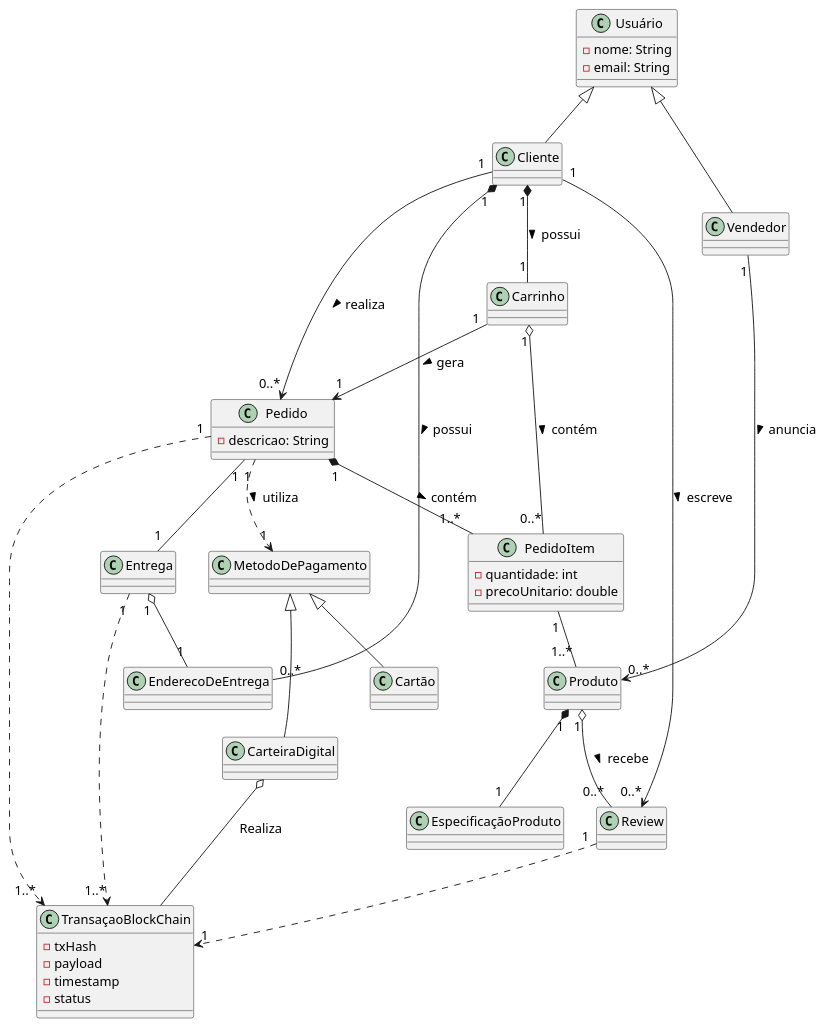
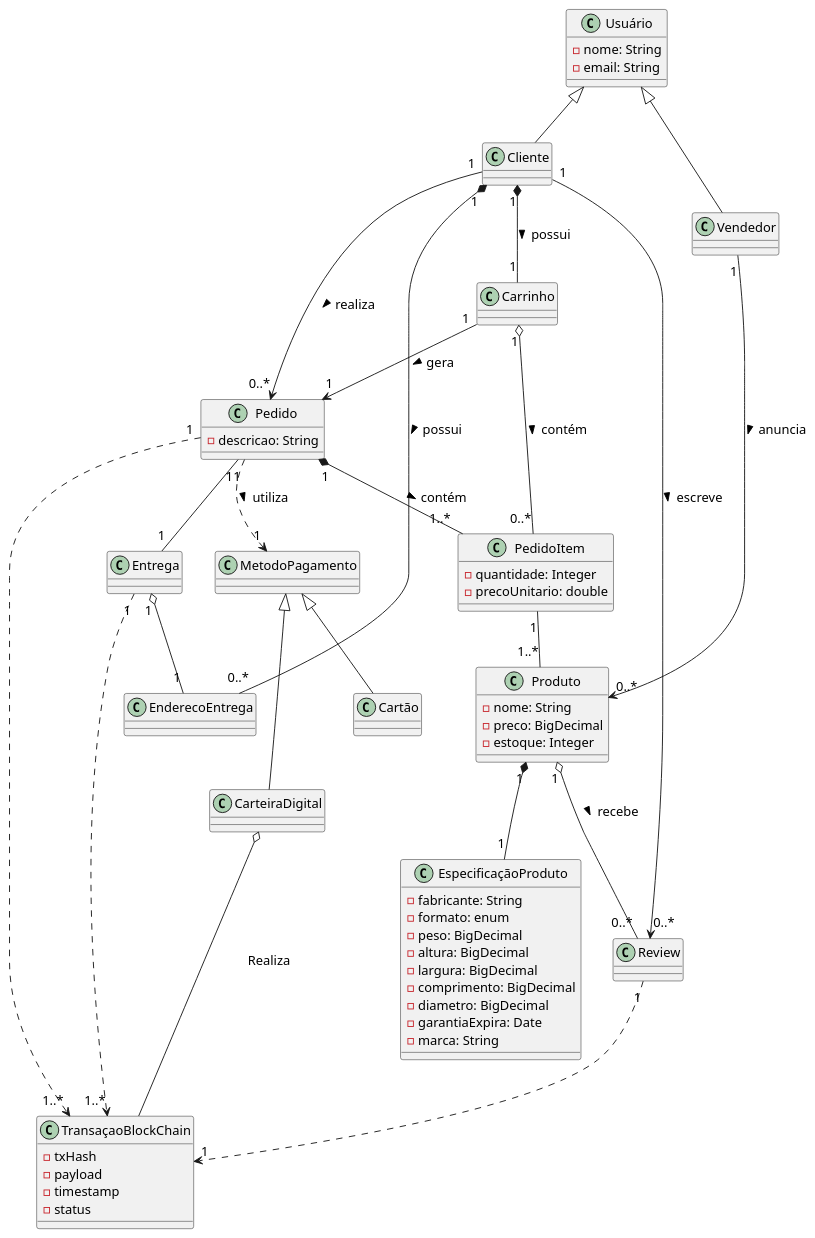
One commit to gilmarUFG/rs_es_20251_g4 changed the diagram in trabalho_final/modelos_uml/diagrama-de-classe.plantuml. Above: the diagram before and after it, drawn with PlantUML.

Commit message:
tradutor

```diff
--- a/trabalho_final/modelos_uml/diagrama-de-classe.plantuml
+++ b/trabalho_final/modelos_uml/diagrama-de-classe.plantuml
@@ -1,85 +1,97 @@
 @startuml ChainBuy
 top to bottom direction
 
 skinparam defaultFontName "Arial"
 skinparam defaultFontSize 14
 ' Classes base
 class Usuário {
     -nome: String
     -email: String
 }
 
 class Produto {
-    
+    -nome: String    
+    -preco: BigDecimal
+    -estoque: Integer
 }
 
-class EspecificaçãoProduto
+class EspecificaçãoProduto {
+    -fabricante: String
+    -formato: enum
+    -peso: BigDecimal
+    -altura: BigDecimal
+    -largura: BigDecimal
+    -comprimento: BigDecimal
+    -diametro: BigDecimal
+    -garantiaExpira: Date
+    -marca: String
+}
 
 class Cliente {
     
 }
 
-class EnderecoDeEntrega
+class EnderecoEntrega
 
 class Vendedor {
     
 }
 
 class Pedido {
     -descricao: String
 
 }
 
 class PedidoItem{
-    -quantidade: int
+    -quantidade: Integer
     -precoUnitario: double
 }
 
-class MetodoDePagamento{
+class MetodoPagamento {
 
 }
 
 class Carrinho
 
 class CarteiraDigital
 
 class Cartão
 
 class Entrega
 
 class Review
 
-class TransaçaoBlockChain{
+class TransaçaoBlockChain {
     -txHash
     -payload
     -timestamp
     -status
 }
 
-MetodoDePagamento <|-- Cartão
-MetodoDePagamento <|-- CarteiraDigital
+MetodoPagamento <|-- Cartão
+MetodoPagamento <|-- CarteiraDigital
 Usuário <|-- Cliente
 Usuário <|-- Vendedor
 
 Vendedor "1" --> "0..*" Produto : anuncia >
 Cliente "1" --> "0..*" Pedido : realiza >
 PedidoItem "1" -- "1..*" Produto
 Carrinho "1" --> "1" Pedido : gera >
 Cliente "1" --> "0..*" Review : escreve >
 Pedido "1" -- "1" Entrega
 
 Produto "1" o-- "0..*" Review : recebe >
 Carrinho "1" o-- "0..*" PedidoItem : contém >
 CarteiraDigital o-- TransaçaoBlockChain : Realiza
-Entrega "1" o-- "1" EnderecoDeEntrega
+Entrega "1" o-- "1" EnderecoEntrega
 
 Entrega "1" ..> "1..*" TransaçaoBlockChain
-Pedido "1" ..> "1" MetodoDePagamento : utiliza >
+Pedido "1" ..> "1" MetodoPagamento : utiliza >
 Pedido "1" ..> "1..*" TransaçaoBlockChain
 Review "1" ..> "1" TransaçaoBlockChain
 
-Cliente "1" *-- "0..*" EnderecoDeEntrega : possui >
+Cliente "1" *-- "0..*" EnderecoEntrega : possui >
 Cliente "1" *-- "1" Carrinho : possui >
 Produto "1" *-- "1" EspecificaçãoProduto
 Pedido "1" *-- "1..*" PedidoItem: contém >
 @enduml
```
